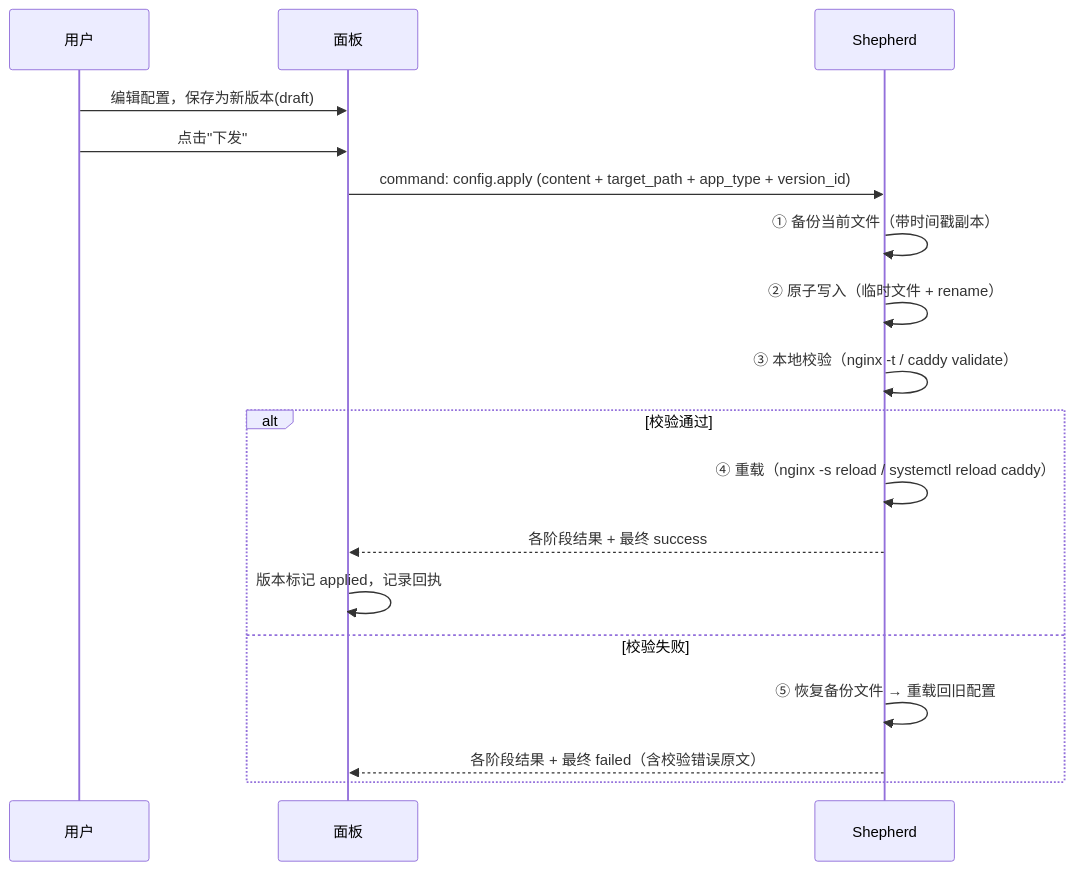
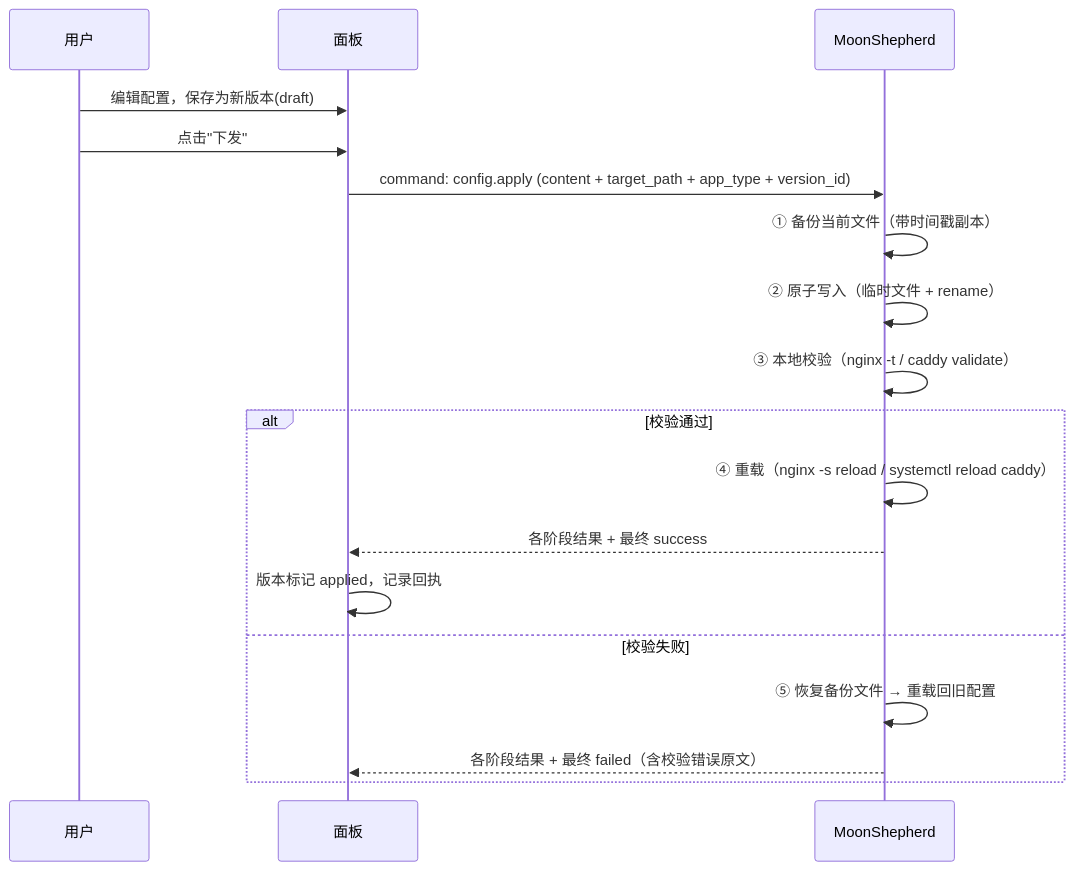
The fourth of 4 diagrams in docs/01-产品总体设计.md (Aealen/moonshepherd), drawn with Mermaid before and after one commit. The commit also changed other lines of this file and 32 other files, not shown here.

First line of the commit message:
feat!: 品牌定名 MoonShepherd（牧云）——全套改名

````diff
--- a/docs/01-产品总体设计.md
+++ b/docs/01-产品总体设计.md
@@ -235,20 +235,20 @@
 ```mermaid
 sequenceDiagram
     participant U as 用户
     participant P as 面板
-    participant S as Shepherd
+    participant S as MoonShepherd
     U->>P: 编辑配置，保存为新版本(draft)
     U->>P: 点击"下发"
     P->>S: command: config.apply (content + target_path + app_type + version_id)
     S->>S: ① 备份当前文件（带时间戳副本）
     S->>S: ② 原子写入（临时文件 + rename）
     S->>S: ③ 本地校验（nginx -t / caddy validate）
     alt 校验通过
         S->>S: ④ 重载（nginx -s reload / systemctl reload caddy）
         S-->>P: 各阶段结果 + 最终 success
         P->>P: 版本标记 applied，记录回执
     else 校验失败
         S->>S: ⑤ 恢复备份文件 → 重载回旧配置
         S-->>P: 各阶段结果 + 最终 failed（含校验错误原文）
     end
 ```
````
